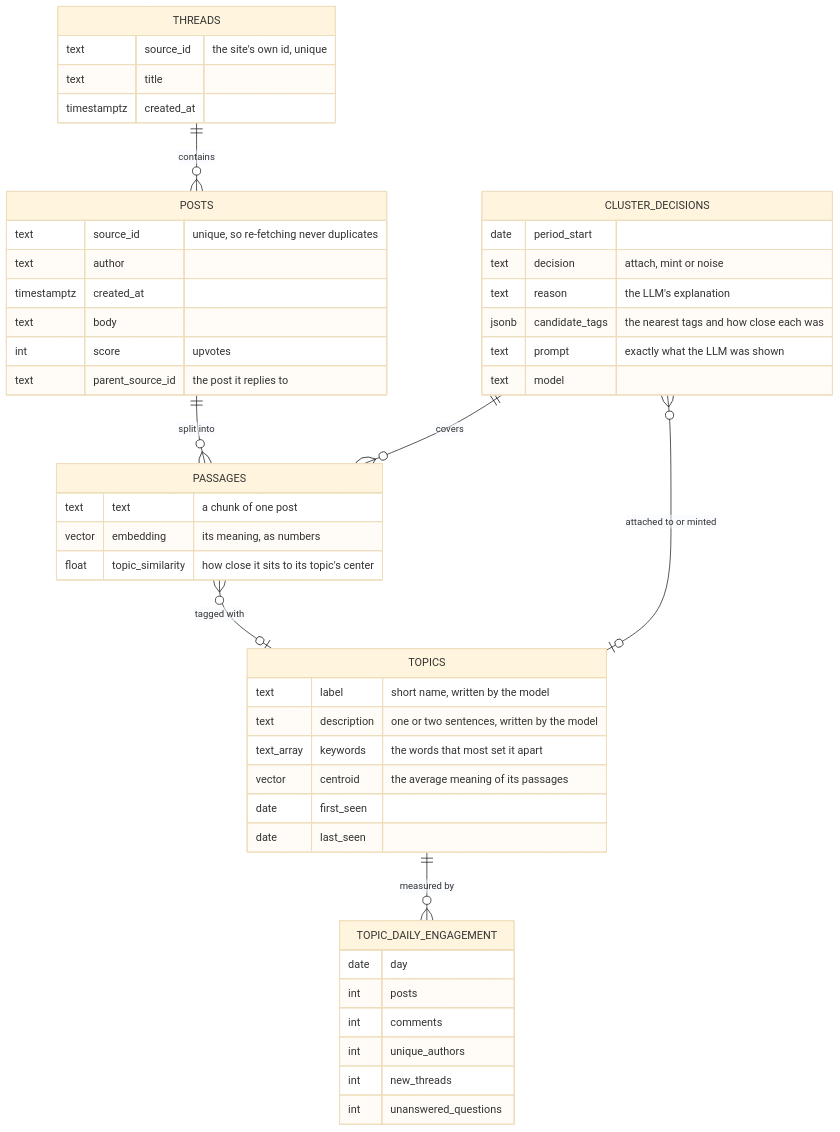
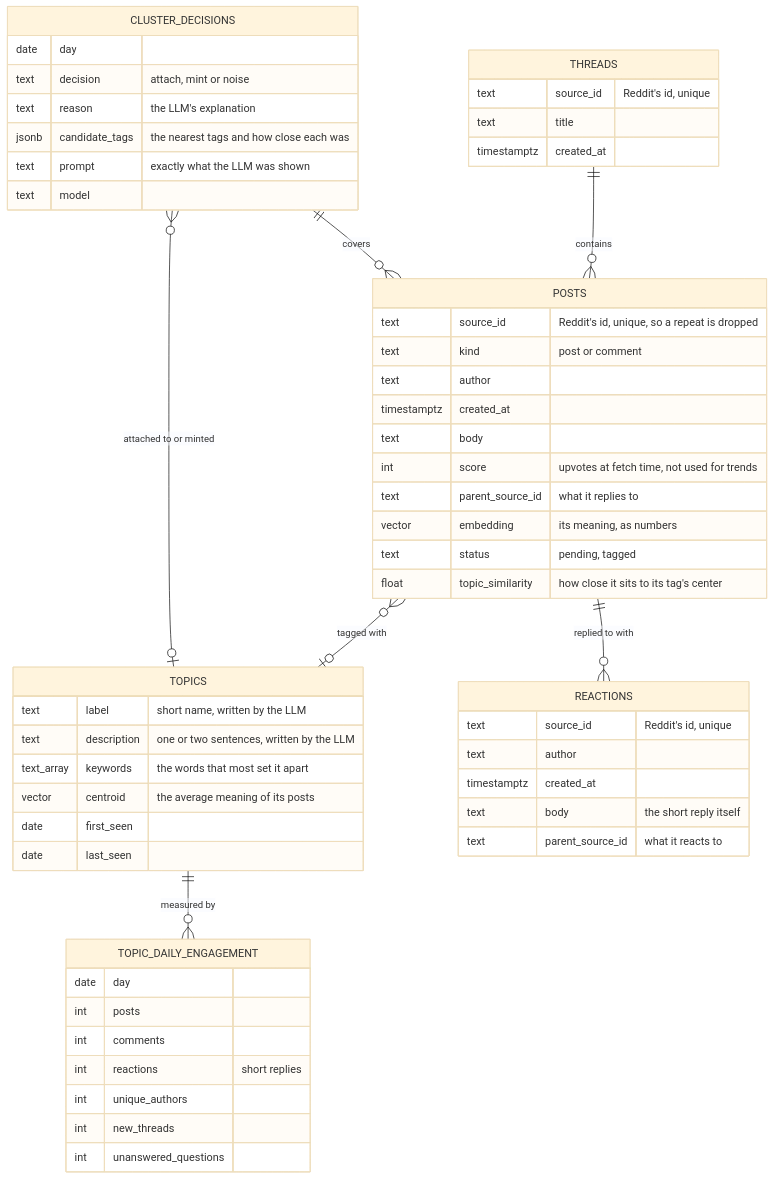
Before and after one commit to brianaderer/transcendent: the first of 2 diagrams in docs/atlas/20-data-model/21-topics.md, drawn with Mermaid (base theme). The commit also changed other lines of this file and 8 other files, not shown here.

Commit message:
Atlas: daily tagging with 3-day lookahead, no chunking, reactions; 70 comparison; 31 screens design brief

````diff
--- a/docs/atlas/20-data-model/21-topics.md
+++ b/docs/atlas/20-data-model/21-topics.md
@@ -22,52 +27,59 @@
 ```mermaid
 erDiagram
     THREADS ||--o{ POSTS : contains
-    POSTS ||--o{ PASSAGES : "split into"
-    PASSAGES }o--o| TOPICS : "tagged with"
+    POSTS }o--o| TOPICS : "tagged with"
+    POSTS ||--o{ REACTIONS : "replied to with"
     TOPICS ||--o{ TOPIC_DAILY_ENGAGEMENT : "measured by"
     CLUSTER_DECISIONS }o--o| TOPICS : "attached to or minted"
-    CLUSTER_DECISIONS ||--o{ PASSAGES : "covers"
+    CLUSTER_DECISIONS ||--o{ POSTS : "covers"
 
     THREADS {
-        text source_id "the site's own id, unique"
+        text source_id "Reddit's id, unique"
         text title
         timestamptz created_at
     }
     POSTS {
-        text source_id "unique, so re-fetching never duplicates"
+        text source_id "Reddit's id, unique, so a repeat is dropped"
+        text kind "post or comment"
         text author
         timestamptz created_at
         text body
-        int score "upvotes"
-        text parent_source_id "the post it replies to"
+        int score "upvotes at fetch time, not used for trends"
+        text parent_source_id "what it replies to"
+        vector embedding "its meaning, as numbers"
+        text status "pending, tagged"
+        float topic_similarity "how close it sits to its tag's center"
     }
-    PASSAGES {
-        text text "a chunk of one post"
-        vector embedding "its meaning, as numbers"
-        float topic_similarity "how close it sits to its topic's center"
+    REACTIONS {
+        text source_id "Reddit's id, unique"
+        text author
+        timestamptz created_at
+        text body "the short reply itself"
+        text parent_source_id "what it reacts to"
     }
     TOPICS {
-        text label "short name, written by the model"
-        text description "one or two sentences, written by the model"
+        text label "short name, written by the LLM"
+        text description "one or two sentences, written by the LLM"
         text_array keywords "the words that most set it apart"
-        vector centroid "the average meaning of its passages"
+        vector centroid "the average meaning of its posts"
         date first_seen
         date last_seen
     }
     TOPIC_DAILY_ENGAGEMENT {
         date day
         int posts
         int comments
+        int reactions "short replies"
         int unique_authors
         int new_threads
         int unanswered_questions
     }
     CLUSTER_DECISIONS {
-        date period_start
+        date day
         text decision "attach, mint or noise"
         text reason "the LLM's explanation"
         jsonb candidate_tags "the nearest tags and how close each was"
         text prompt "exactly what the LLM was shown"
         text model
     }
 ```
````
